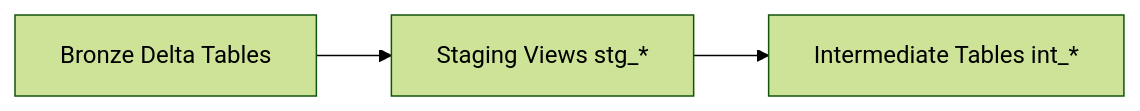
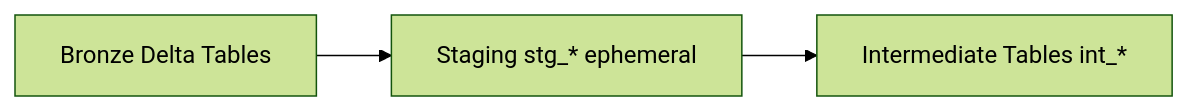
Before and after one commit to gusdiaso/lh_nautical_athena: the diagram in docs/staging.md, drawn with Mermaid (forest theme). The commit also changed other lines of this file and 37 other files, not shown here.

````diff
--- a/docs/staging.md
+++ b/docs/staging.md
@@ -15,5 +17,5 @@
 ```mermaid
 flowchart LR
-  B[Bronze Delta Tables] --> S[Staging Views stg_*]
+  B[Bronze Delta Tables] --> S[Staging stg_* ephemeral]
   S --> I[Intermediate Tables int_*]
 ```
````
